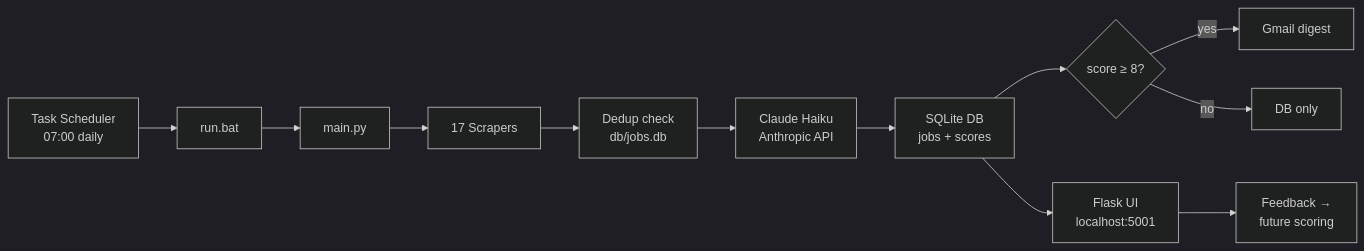
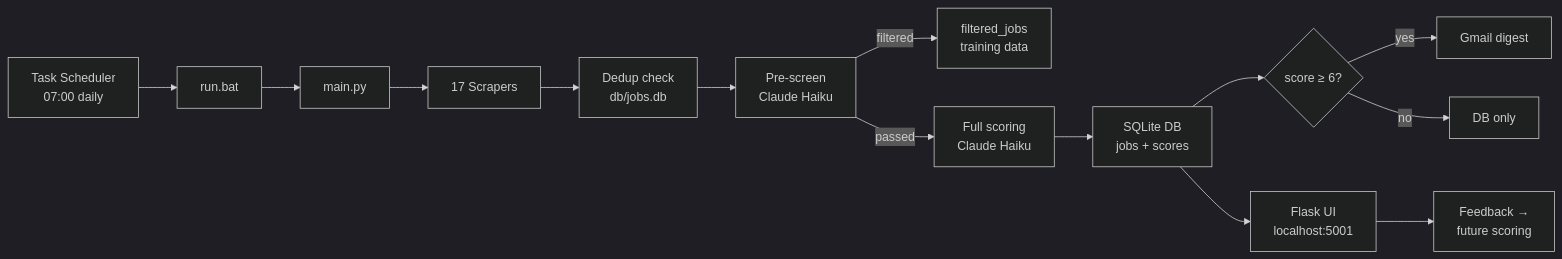
Before and after one commit to timovanommeren/job_scraper: the diagram in README.md, drawn with Mermaid (dark theme). The commit also changed other lines of this file and 2 other files, not shown here.

Commit message:
docs: update README and ARCHITECTURE for multi-layer pre-filter pipeline
README.md:
- Update opening description to mention Layer 2 pre-screen
- Update mermaid diagram to show pre-screen → filtered_jobs branch
- Change score threshold references from 8 to 6 throughout

ARCHITECTURE.md:
- Data flow: add pre_screen() as step 2 in score_new_jobs()
- is_seen(): document status-string return ('scored'|'filtered'|'new')
  and two-table check (jobs + non-expired filtered_jobs)
- Add pre_screen() subsection under Scoring Agent
- run_log table: add jobs_filtered + pre_screen_errors columns
- Add filtered_jobs table (Layer 2 audit log, 30-day TTL)
- Add job_views table (implicit positive signal for ranker)
- Add filtered_jobs and job_views indexes
- Score thresholds: update defaults to current values (6/5)
- Daily email logic: update threshold references
- Config reference: update filtering values + add pre_filter.mode
- Flag Flask tier filter hardcoding inconsistency

notifier/gmail.py:
- Fix stale should_send_daily() docstring (was "score >= 8")

````diff
--- a/README.md
+++ b/README.md
@@ -11,14 +11,16 @@
 ```mermaid
 graph LR
     A[Task Scheduler<br/>07:00 daily] --> B[run.bat]
     B --> C[main.py]
     C --> D[17 Scrapers]
     D --> E[Dedup check<br/>db/jobs.db]
-    E --> F[Claude Haiku<br/>Anthropic API]
-    F --> G[SQLite DB<br/>jobs + scores]
-    G --> H{score ≥ 8?}
+    E --> F[Pre-screen<br/>Claude Haiku]
+    F -- filtered --> M[filtered_jobs<br/>training data]
+    F -- passed --> G2[Full scoring<br/>Claude Haiku]
+    G2 --> G[SQLite DB<br/>jobs + scores]
+    G --> H{score ≥ 6?}
     H -- yes --> I[Gmail digest]
     H -- no --> J[DB only]
     G --> K[Flask UI<br/>localhost:5001]
     K --> L[Feedback →<br/>future scoring]
 ```
````
